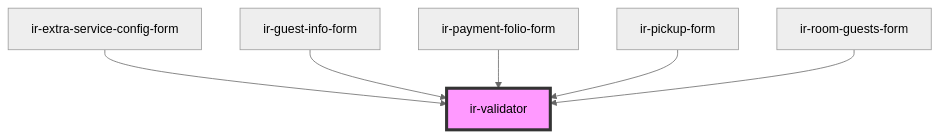
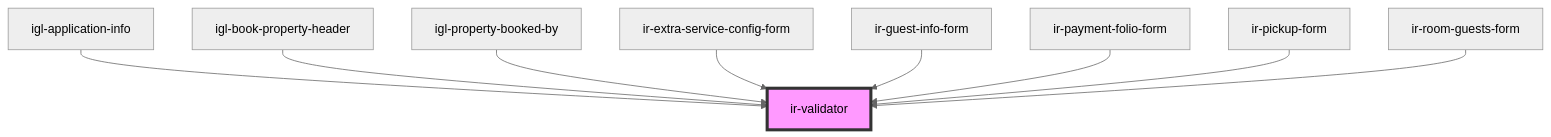
The diagram in src/components/ui/ir-validator/readme.md (David1Chowaifaty/modified-ir-webcmp), drawn with Mermaid (neutral theme) before and after one commit. The commit also changed other lines of this file and 41 other files, not shown here.

````diff
--- a/src/components/ui/ir-validator/readme.md
+++ b/src/components/ui/ir-validator/readme.md
@@ -40,9 +43,12 @@
 ```mermaid
 graph TD;
+  igl-application-info --> ir-validator
+  igl-book-property-header --> ir-validator
+  igl-property-booked-by --> ir-validator
   ir-extra-service-config-form --> ir-validator
   ir-guest-info-form --> ir-validator
   ir-payment-folio-form --> ir-validator
   ir-pickup-form --> ir-validator
   ir-room-guests-form --> ir-validator
   style ir-validator fill:#f9f,stroke:#333,stroke-width:4px
 ```
````
